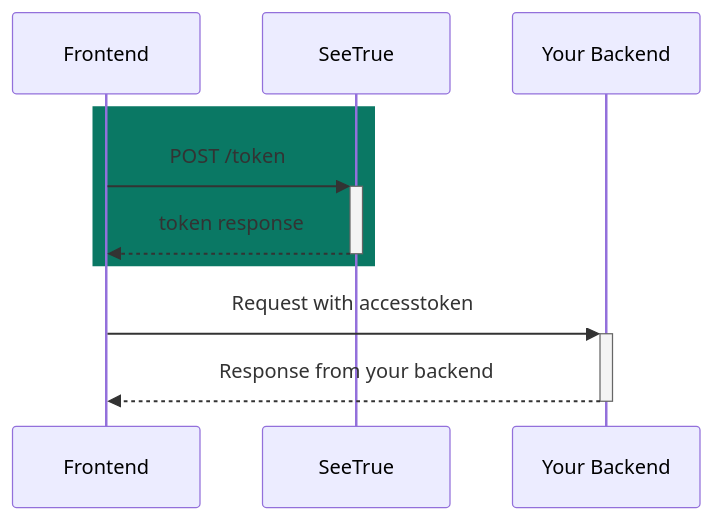
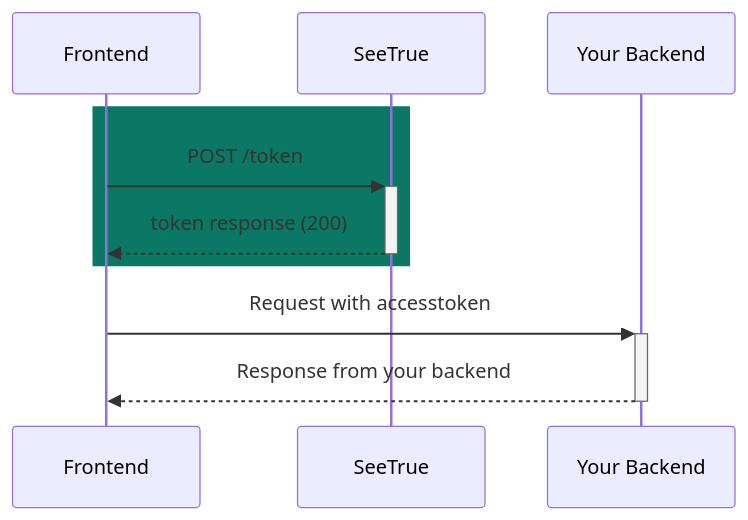
One commit to TheOnlyBeardedBeast/SeeTrue changed the seventh of 10 diagrams in SeeTrue.API/docs/readme.template.md. Above: the diagram before and after it, drawn with Mermaid. The commit also changed other lines of this file and 11 other files, not shown here.

````diff
--- a/SeeTrue.API/docs/readme.template.md
+++ b/SeeTrue.API/docs/readme.template.md
@@ -356,9 +356,9 @@
 ```mermaid
 sequenceDiagram
     rect rgb(10, 120, 100)
     Frontend->>+SeeTrue: POST /token
-    SeeTrue-->>-Frontend: token response
+    SeeTrue-->>-Frontend: token response (200)
     end
     Frontend->>+Your Backend: Request with accesstoken
     Your Backend-->>-Frontend: Response from your backend
 ```
````
